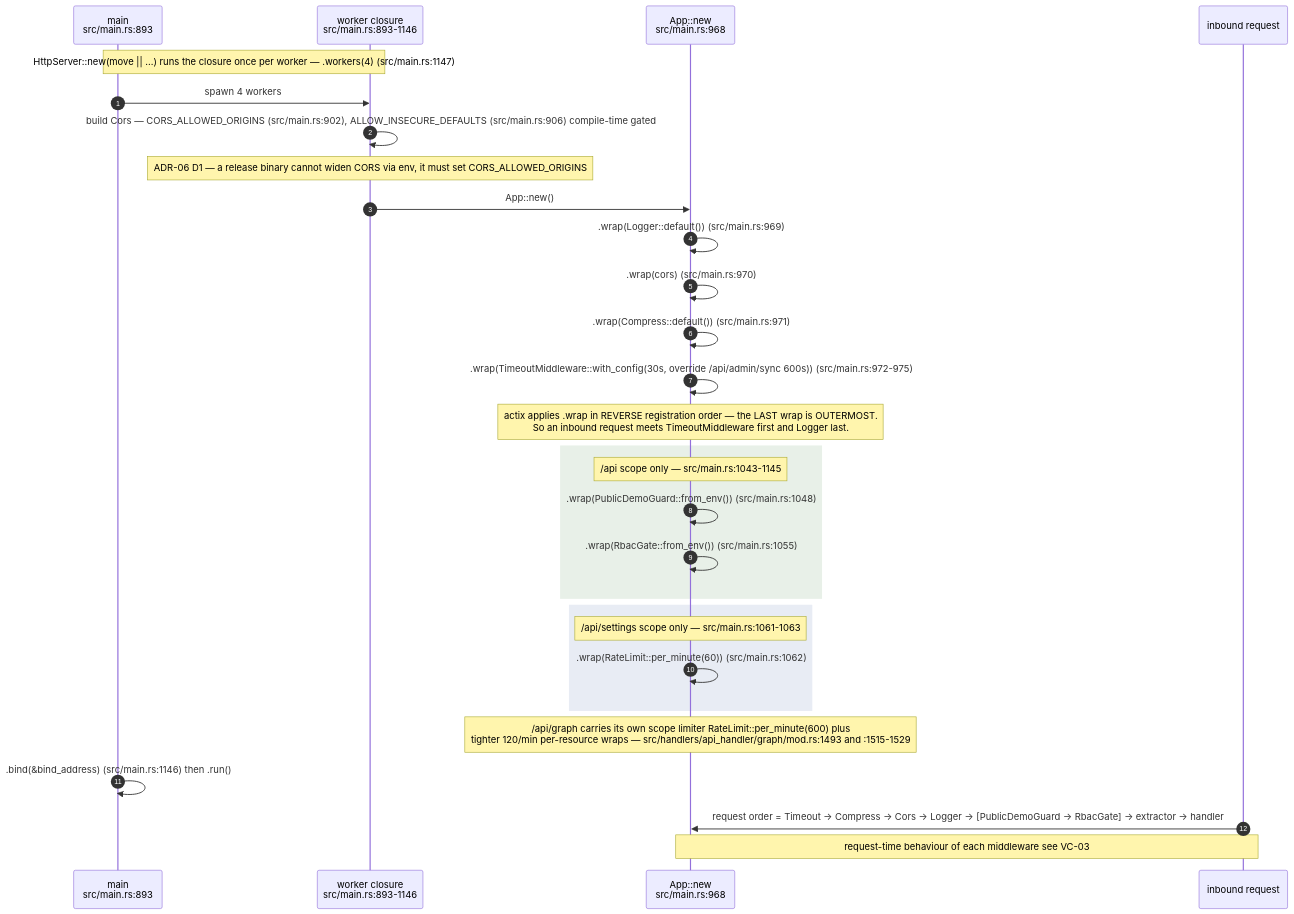
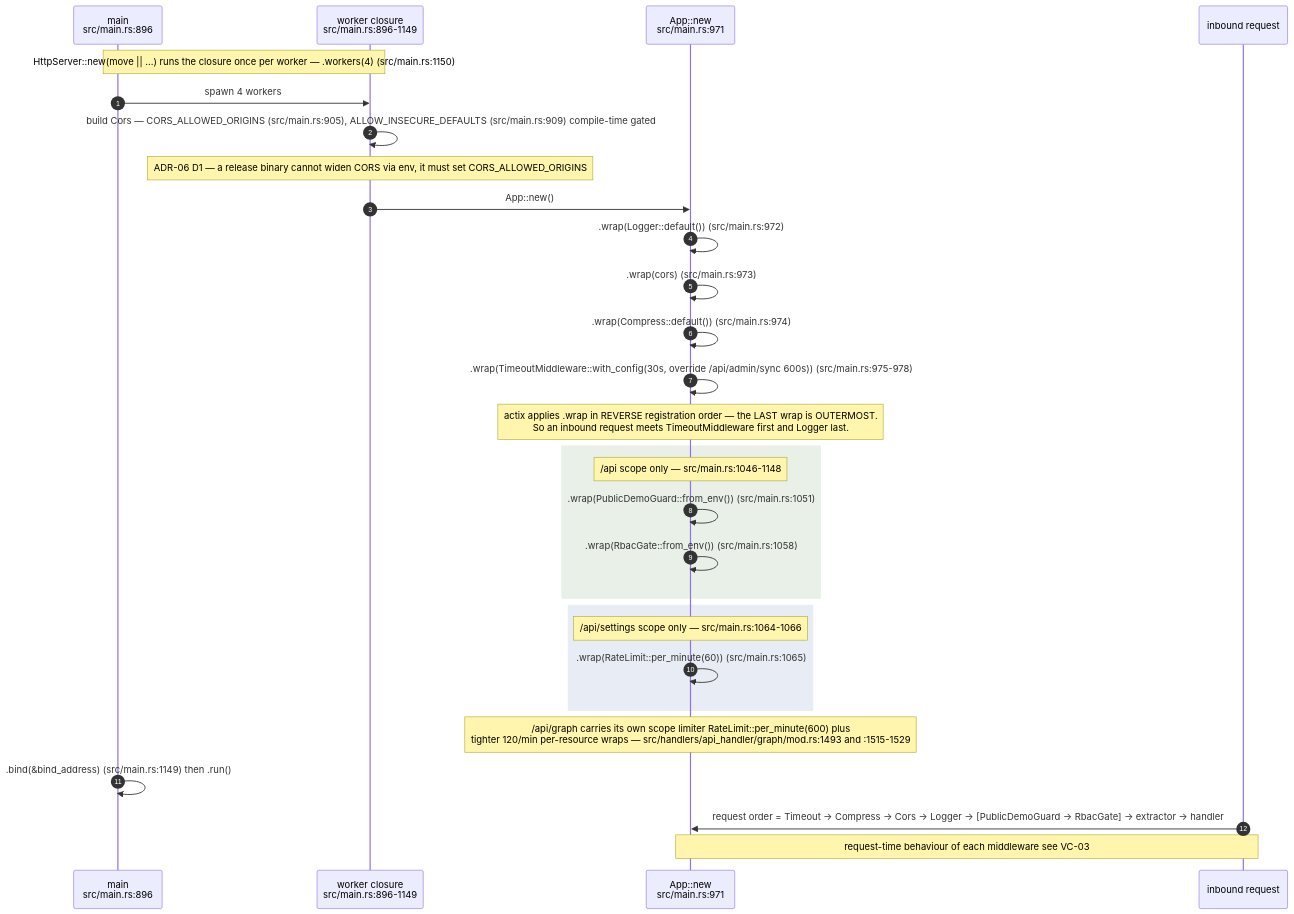
Before and after one commit to DreamLab-AI/AR-AI-Knowledge-Graph: the third of 14 diagrams in docs/diagrams/visionclaw/01-boot-and-app-state.md, drawn with Mermaid. The commit also changed other lines of this file and 73 other files, not shown here.

First line of the commit message:
docs(diagrams): re-verify all 71 topic files against HEAD; add --cite-check

````diff
--- a/docs/diagrams/visionclaw/01-boot-and-app-state.md
+++ b/docs/diagrams/visionclaw/01-boot-and-app-state.md
@@ -156,32 +156,32 @@
 ```mermaid
 sequenceDiagram
     autonumber
-    participant M as main<br/>src/main.rs:893
-    participant W as worker closure<br/>src/main.rs:893-1146
-    participant A as App::new<br/>src/main.rs:968
+    participant M as main<br/>src/main.rs:896
+    participant W as worker closure<br/>src/main.rs:896-1149
+    participant A as App::new<br/>src/main.rs:971
     participant REQ as inbound request
 
-    Note over M,W: HttpServer::new(move || ...) runs the closure once per worker — .workers(4) (src/main.rs:1147)
+    Note over M,W: HttpServer::new(move || ...) runs the closure once per worker — .workers(4) (src/main.rs:1150)
     M->>W: spawn 4 workers
-    W->>W: build Cors — CORS_ALLOWED_ORIGINS (src/main.rs:902), ALLOW_INSECURE_DEFAULTS (src/main.rs:906) compile-time gated
+    W->>W: build Cors — CORS_ALLOWED_ORIGINS (src/main.rs:905), ALLOW_INSECURE_DEFAULTS (src/main.rs:909) compile-time gated
     Note over W: ADR-06 D1 — a release binary cannot widen CORS via env, it must set CORS_ALLOWED_ORIGINS
     W->>A: App::new()
-    A->>A: .wrap(Logger::default()) (src/main.rs:969)
-    A->>A: .wrap(cors) (src/main.rs:970)
-    A->>A: .wrap(Compress::default()) (src/main.rs:971)
-    A->>A: .wrap(TimeoutMiddleware::with_config(30s, override /api/admin/sync 600s)) (src/main.rs:972-975)
+    A->>A: .wrap(Logger::default()) (src/main.rs:972)
+    A->>A: .wrap(cors) (src/main.rs:973)
+    A->>A: .wrap(Compress::default()) (src/main.rs:974)
+    A->>A: .wrap(TimeoutMiddleware::with_config(30s, override /api/admin/sync 600s)) (src/main.rs:975-978)
     Note over A: actix applies .wrap in REVERSE registration order — the LAST wrap is OUTERMOST.<br/>So an inbound request meets TimeoutMiddleware first and Logger last.
     rect rgb(232,240,232)
-    Note over A: /api scope only — src/main.rs:1043-1145
-    A->>A: .wrap(PublicDemoGuard::from_env()) (src/main.rs:1048)
-    A->>A: .wrap(RbacGate::from_env()) (src/main.rs:1055)
+    Note over A: /api scope only — src/main.rs:1046-1148
+    A->>A: .wrap(PublicDemoGuard::from_env()) (src/main.rs:1051)
+    A->>A: .wrap(RbacGate::from_env()) (src/main.rs:1058)
     end
     rect rgb(232,236,244)
-    Note over A: /api/settings scope only — src/main.rs:1061-1063
-    A->>A: .wrap(RateLimit::per_minute(60)) (src/main.rs:1062)
+    Note over A: /api/settings scope only — src/main.rs:1064-1066
+    A->>A: .wrap(RateLimit::per_minute(60)) (src/main.rs:1065)
     end
     Note over A: /api/graph carries its own scope limiter RateLimit::per_minute(600) plus<br/>tighter 120/min per-resource wraps — src/handlers/api_handler/graph/mod.rs:1493 and :1515-1529
-    M->>M: .bind(&bind_address) (src/main.rs:1146) then .run()
+    M->>M: .bind(&bind_address) (src/main.rs:1149) then .run()
     REQ->>A: request order = Timeout → Compress → Cors → Logger → [PublicDemoGuard → RbacGate] → extractor → handler
     Note over REQ,A: request-time behaviour of each middleware see VC-03
 ```
````
